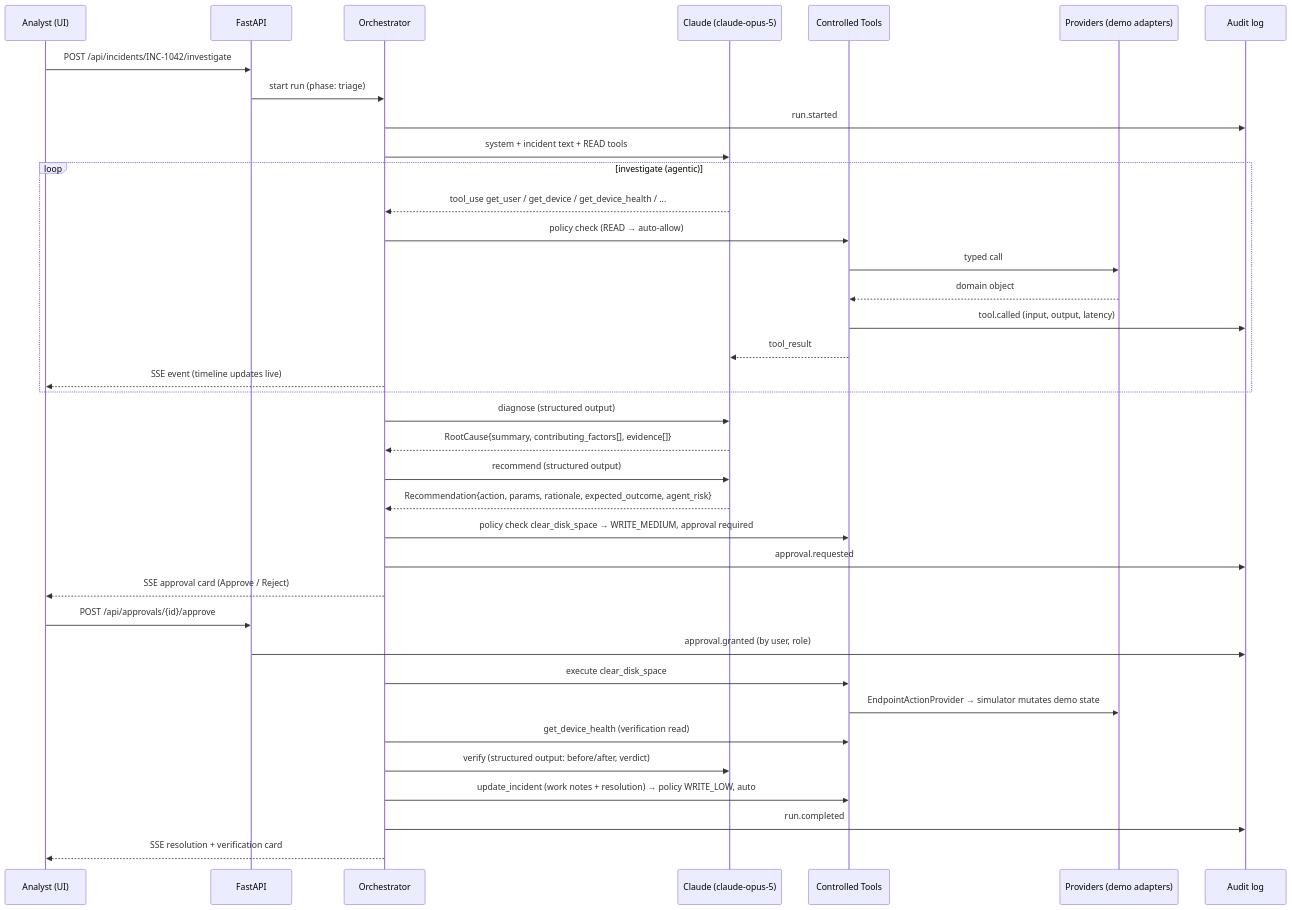
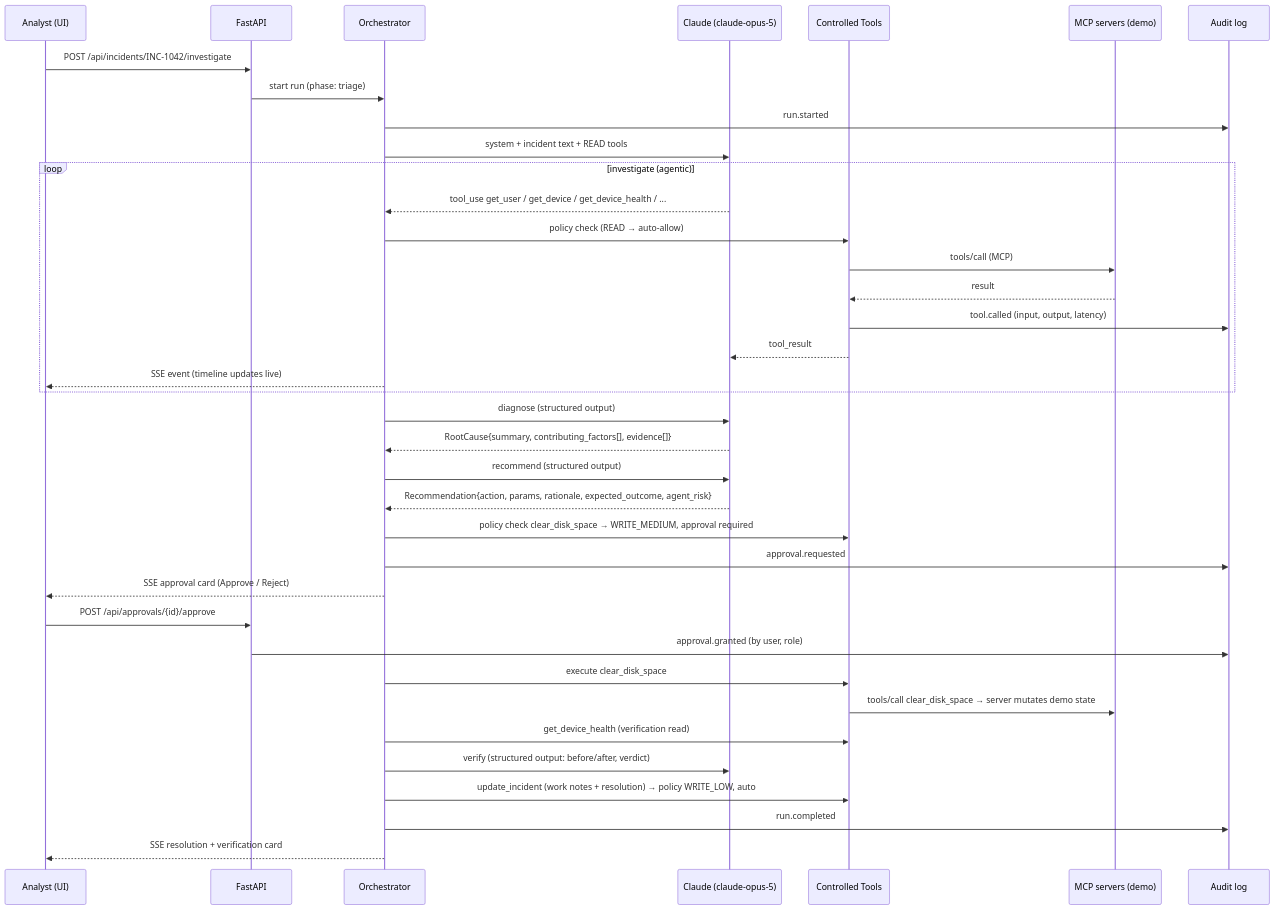
Before and after one commit to skv-labs1/AEGIS: the diagram in docs/ARCHITECTURE.md, drawn with Mermaid. The commit also changed other lines of this file and 1 other file, not shown here.

First line of the commit message:
Make MCP the integration boundary in the architecture proposal

````diff
--- a/docs/ARCHITECTURE.md
+++ b/docs/ARCHITECTURE.md
@@ -305,40 +343,40 @@
 ```mermaid
 sequenceDiagram
     participant U as Analyst (UI)
     participant API as FastAPI
     participant O as Orchestrator
     participant C as Claude (claude-opus-5)
     participant T as Controlled Tools
-    participant P as Providers (demo adapters)
+    participant M as MCP servers (demo)
     participant A as Audit log
 
     U->>API: POST /api/incidents/INC-1042/investigate
     API->>O: start run (phase: triage)
     O->>A: run.started
     O->>C: system + incident text + READ tools
     loop investigate (agentic)
         C-->>O: tool_use get_user / get_device / get_device_health / ...
         O->>T: policy check (READ → auto-allow)
-        T->>P: typed call
-        P-->>T: domain object
+        T->>M: tools/call (MCP)
+        M-->>T: result
         T->>A: tool.called (input, output, latency)
         T-->>C: tool_result
         O-->>U: SSE event (timeline updates live)
     end
     O->>C: diagnose (structured output)
     C-->>O: RootCause{summary, contributing_factors[], evidence[]}
     O->>C: recommend (structured output)
     C-->>O: Recommendation{action, params, rationale, expected_outcome, agent_risk}
     O->>T: policy check clear_disk_space → WRITE_MEDIUM, approval required
     O->>A: approval.requested
     O-->>U: SSE approval card (Approve / Reject)
     U->>API: POST /api/approvals/{id}/approve
     API->>A: approval.granted (by user, role)
     O->>T: execute clear_disk_space
-    T->>P: EndpointActionProvider → simulator mutates demo state
+    T->>M: tools/call clear_disk_space → server mutates demo state
     O->>T: get_device_health (verification read)
     O->>C: verify (structured output: before/after, verdict)
     O->>T: update_incident (work notes + resolution) → policy WRITE_LOW, auto
     O->>A: run.completed
     O-->>U: SSE resolution + verification card
 ```
````
